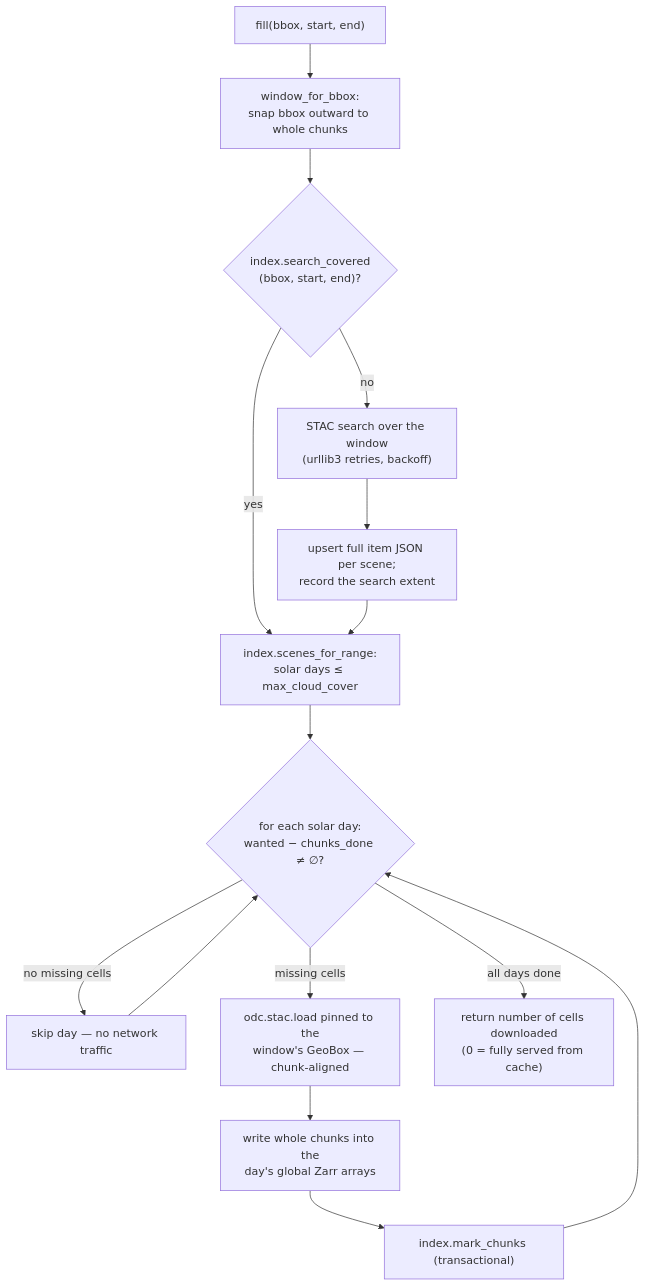
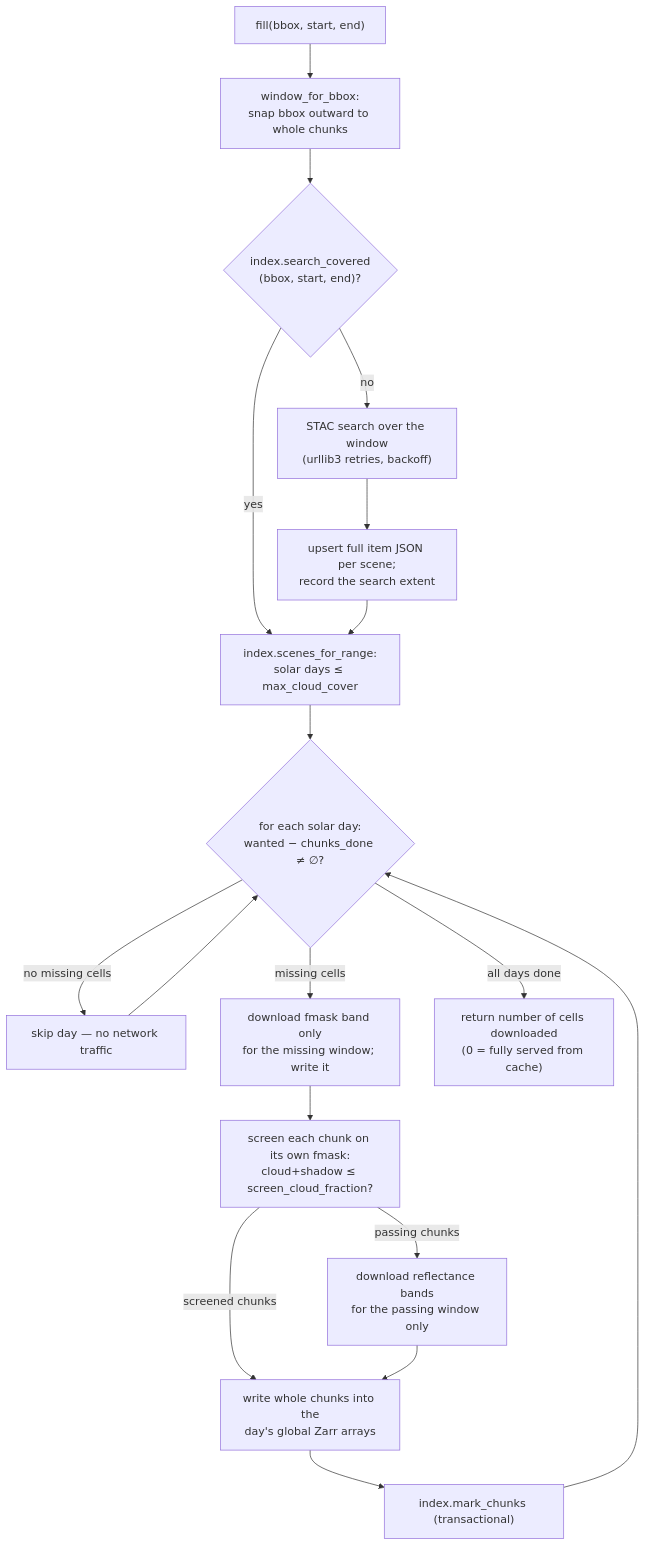
Before and after one commit to thestochasticman/pysentinel2: the second of 2 diagrams in docs/architecture.md, drawn with Mermaid. The commit also changed other lines of this file and 13 other files, not shown here.

````diff
--- a/docs/architecture.md
+++ b/docs/architecture.md
@@ -57,17 +57,20 @@
 ```mermaid
 flowchart TD
     A["fill(bbox, start, end)"] --> B["window_for_bbox:<br/>snap bbox outward to whole chunks"]
     B --> C{"index.search_covered<br/>(bbox, start, end)?"}
     C -- "no" --> D["STAC search over the window<br/>(urllib3 retries, backoff)"]
     D --> E["upsert full item JSON per scene;<br/>record the search extent"]
     C -- "yes" --> F["index.scenes_for_range:<br/>solar days ≤ max_cloud_cover"]
     E --> F
     F --> G{"for each solar day:<br/>wanted − chunks_done ≠ ∅?"}
     G -- "no missing cells" --> K["skip day — no network traffic"]
-    G -- "missing cells" --> H["odc.stac.load pinned to the<br/>window's GeoBox — chunk-aligned"]
-    H --> I["write whole chunks into the<br/>day's global Zarr arrays"]
+    G -- "missing cells" --> H1["download fmask band only<br/>for the missing window; write it"]
+    H1 --> H2["screen each chunk on its own fmask:<br/>cloud+shadow ≤ screen_cloud_fraction?"]
+    H2 -- "passing chunks" --> H3["download reflectance bands<br/>for the passing window only"]
+    H2 -- "screened chunks" --> I
+    H3 --> I["write whole chunks into the<br/>day's global Zarr arrays"]
     I --> J["index.mark_chunks (transactional)"]
     J --> G
     K --> G
     G -- "all days done" --> L["return number of cells downloaded<br/>(0 = fully served from cache)"]
 ```
````
